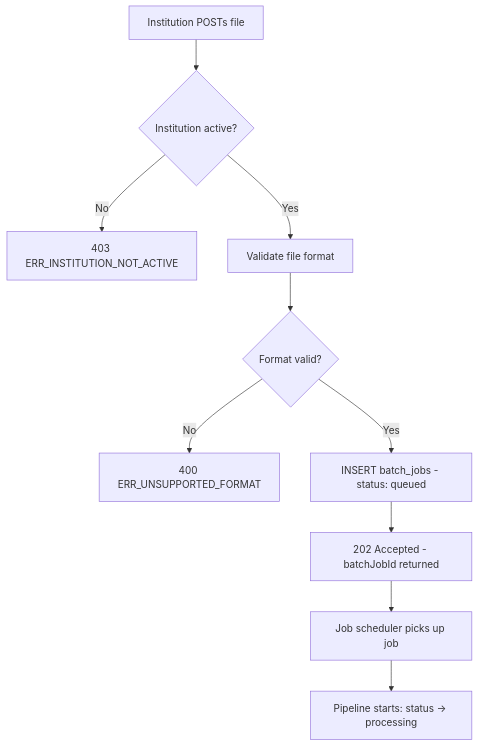
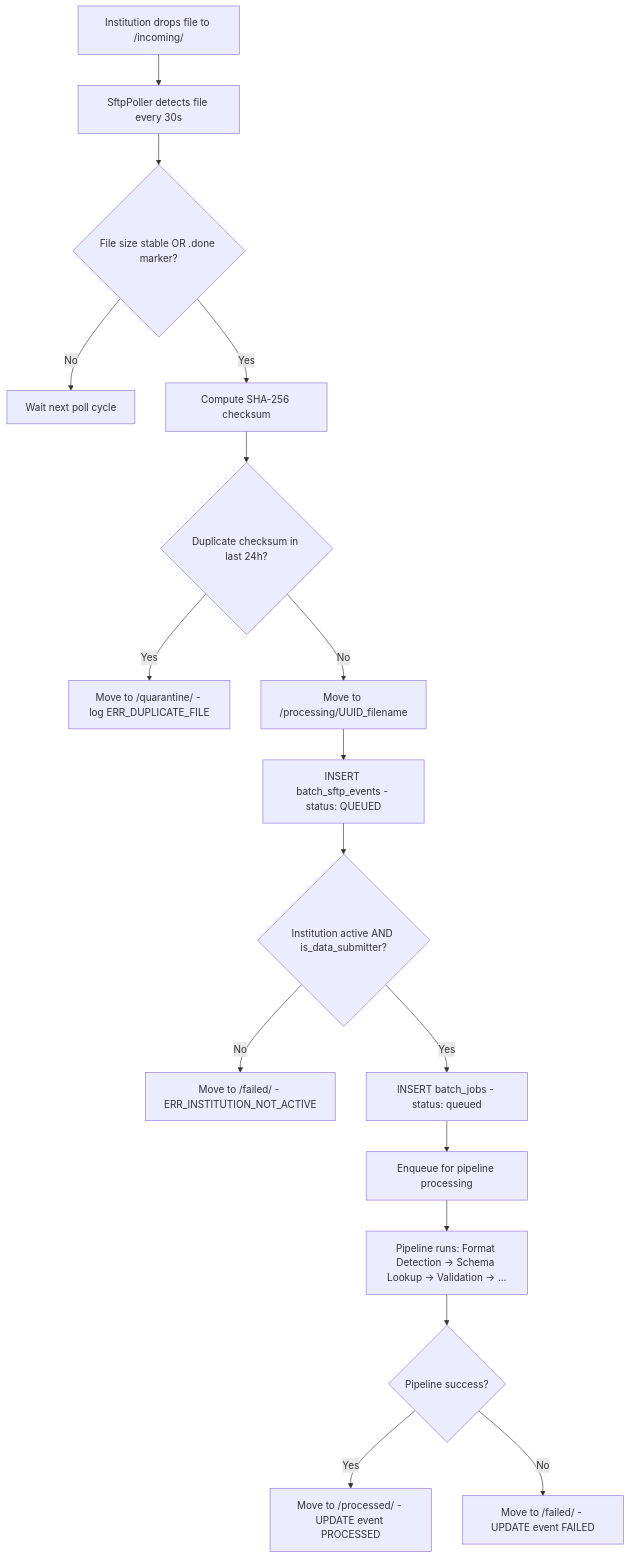
One commit to ashutoshbelulkar-coder/credit-harmony changed the diagram in docs/User stories/EPIC-14-Batch-Pipeline.md. Above: the diagram before and after it, drawn with Mermaid. The commit also changed other lines of this file and 1 other file, not shown here.

First line of the commit message:
docs(epic-14): redesign batch pipeline as schemaless SFTP + HTTP ingestion

````diff
--- a/docs/User stories/EPIC-14-Batch-Pipeline.md
+++ b/docs/User stories/EPIC-14-Batch-Pipeline.md
@@ -216,12 +918,19 @@
 ```mermaid
 flowchart TD
-    A[Institution POSTs file] --> B{Institution active?}
-    B -->|No| C[403 ERR_INSTITUTION_NOT_ACTIVE]
-    B -->|Yes| D[Validate file format]
-    D --> E{Format valid?}
-    E -->|No| F[400 ERR_UNSUPPORTED_FORMAT]
-    E -->|Yes| G[INSERT batch_jobs - status: queued]
-    G --> H[202 Accepted - batchJobId returned]
-    H --> I[Job scheduler picks up job]
-    I --> J[Pipeline starts: status → processing]
+    A[Institution drops file to /incoming/] --> B[SftpPoller detects file every 30s]
+    B --> C{File size stable OR .done marker?}
+    C -->|No| D[Wait next poll cycle]
+    C -->|Yes| E[Compute SHA-256 checksum]
+    E --> F{Duplicate checksum in last 24h?}
+    F -->|Yes| G[Move to /quarantine/ - log ERR_DUPLICATE_FILE]
+    F -->|No| H[Move to /processing/UUID_filename]
+    H --> I[INSERT batch_sftp_events - status: QUEUED]
+    I --> J{Institution active AND is_data_submitter?}
+    J -->|No| K[Move to /failed/ - ERR_INSTITUTION_NOT_ACTIVE]
+    J -->|Yes| L[INSERT batch_jobs - status: queued]
+    L --> M[Enqueue for pipeline processing]
+    M --> N[Pipeline runs: Format Detection → Schema Lookup → Validation → ...]
+    N --> O{Pipeline success?}
+    O -->|Yes| P[Move to /processed/ - UPDATE event PROCESSED]
+    O -->|No| Q[Move to /failed/ - UPDATE event FAILED]
 ```
````
